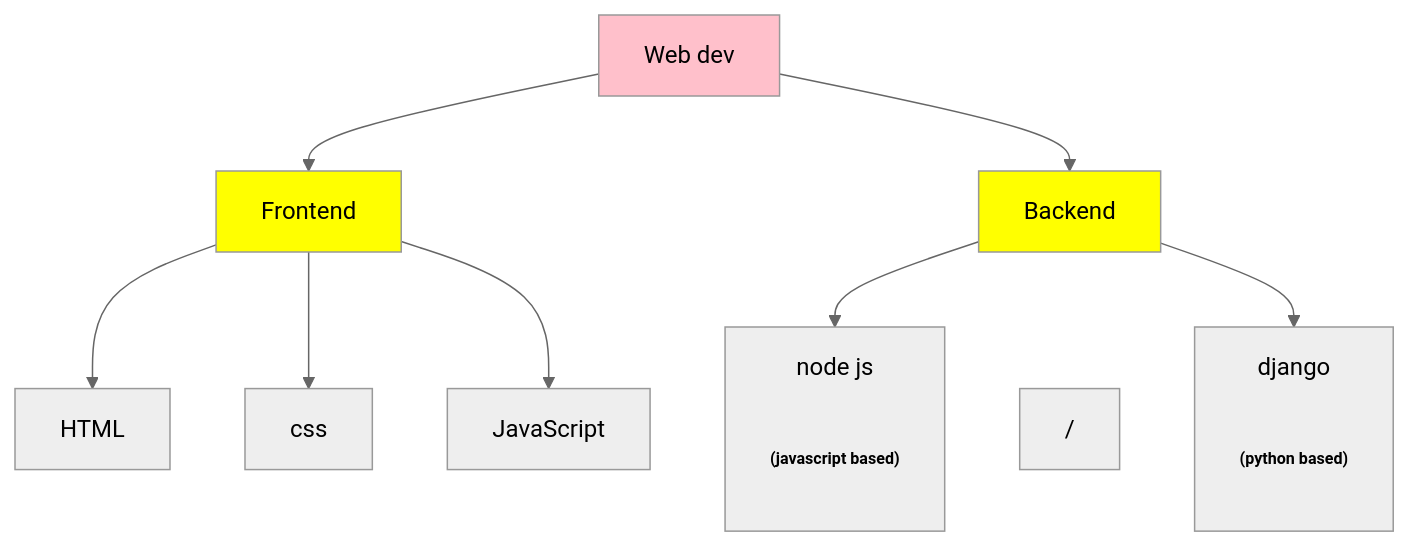
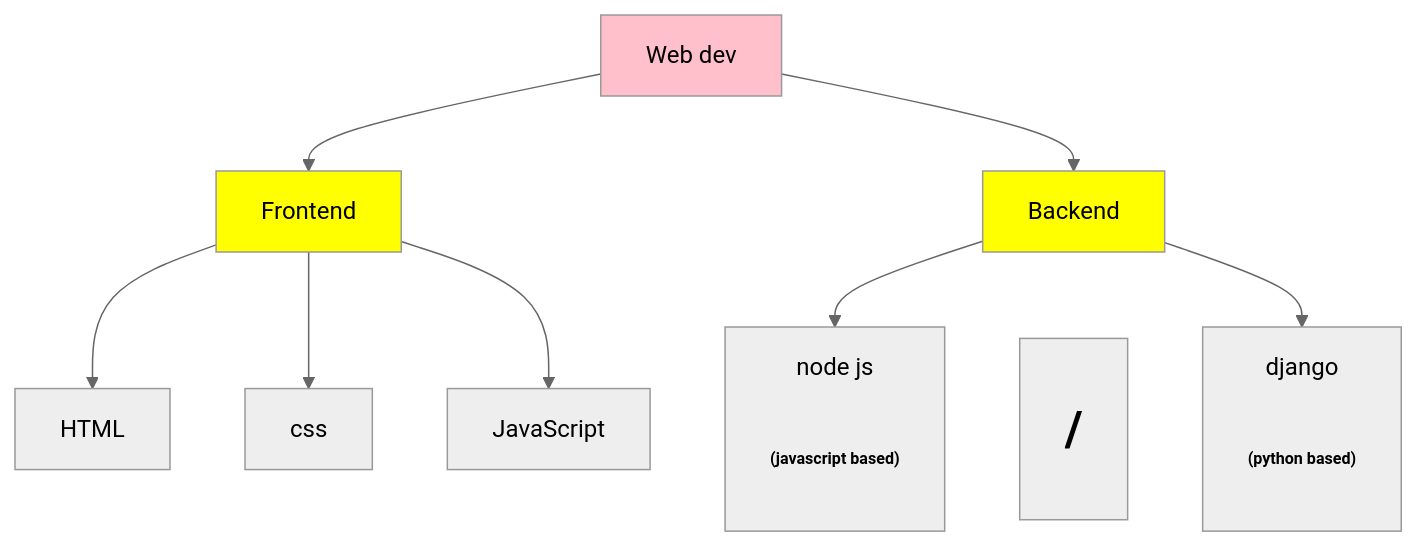
The second of 2 diagrams in README.md (soumalya-mondal99/Roadmaps-basics), drawn with Mermaid (neutral theme) before and after one commit.

````diff
--- a/README.md
+++ b/README.md
@@ -15,14 +15,14 @@
 ```mermaid
 flowchart TD;
   W1[Web dev]-->W2[Frontend];
   W1[Web dev]-->W3[Backend];
   W2-->HTML;
   W2-->css;
   W2-->JavaScript;
   W3-->W4["node js\n <h6><br>(javascript based)"];
-  W3~~~/
-  W3-->W5["django\n <h6><br>(python based)"];
+  W3~~~W5["<h1>/"]
+  W3-->W6["django\n <h6><br>(python based)"];
   style W1 fill:pink;
   style W2 fill:yellow; style W3 fill:yellow;
   
 ```
````
